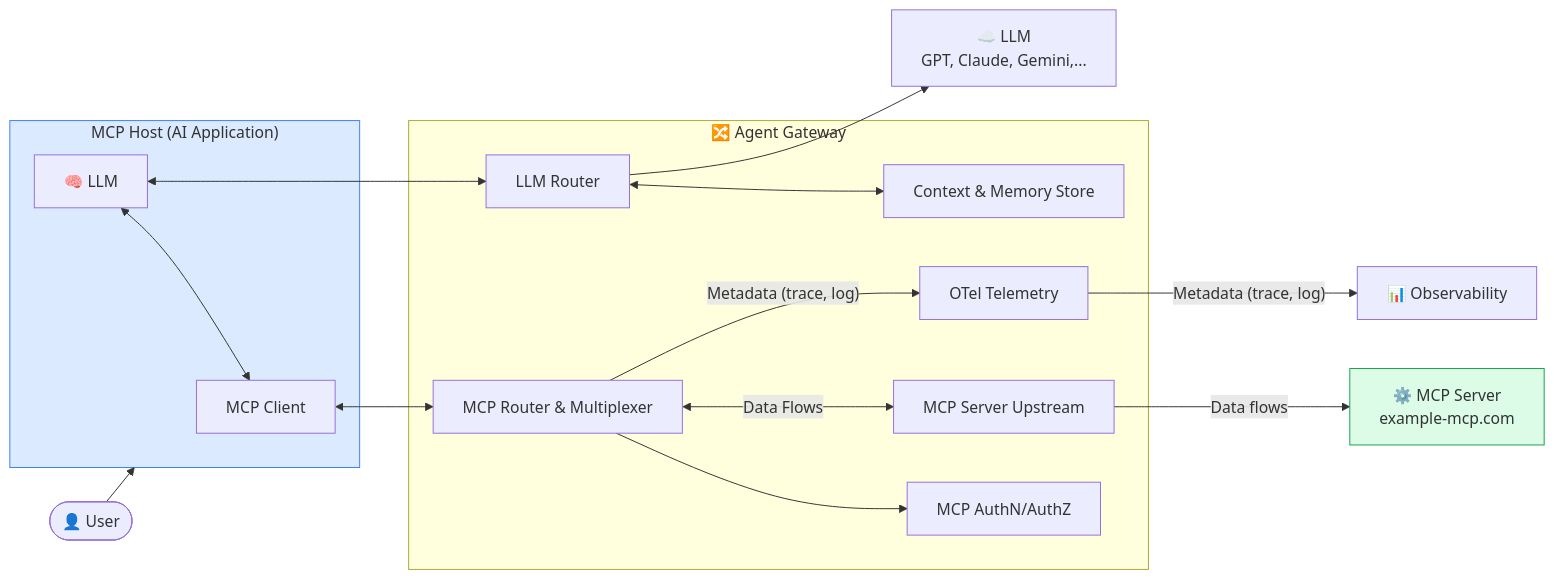
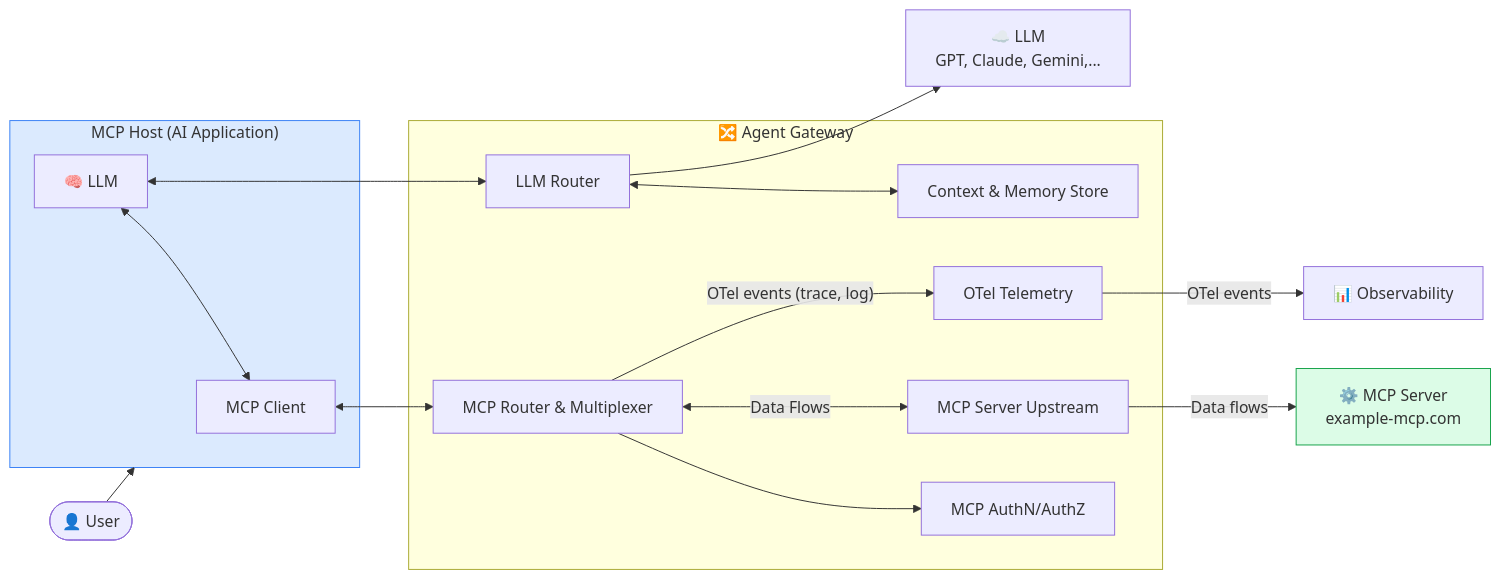
The fourth of 8 diagrams in mcp/mcp-index/README.md (sdatapix/tinkering), drawn with Mermaid before and after one commit. The commit also changed other lines of this file, not shown here.

Commit message:
more details on schema

````diff
--- a/mcp/mcp-index/README.md
+++ b/mcp/mcp-index/README.md
@@ -244,26 +435,26 @@
 ```mermaid
 flowchart LR
     User([👤 User]) --> Host
     subgraph Host["MCP Host (AI Application)"]
         Client[MCP Client]
         LLM <--> Client
     end
     Client <--> MCPRouter
     subgraph MCPGateway["🔀 Agent Gateway"]
         LLMR[LLM Router]
         Memory[Context & Memory Store]
         LLMR <--> Memory
         MCPRouter[MCP Router & Multiplexer]
         MCPAuth[MCP AuthN/AuthZ]
         MCPRouter --> MCPAuth
         MCPRouter <--Data Flows--> MCPSUpstream[MCP Server Upstream]
-        MCPRouter --Metadata (trace, log)--> MCPObs[OTel Telemetry]
+        MCPRouter --OTel events (trace, log)--> MCPObs[OTel Telemetry]
     end
     LLM[🧠 LLM]<-->LLMR
     MCPSUpstream --Data flows-->Server["⚙️ MCP Server <br>example-mcp.com"]
-    MCPObs --Metadata (trace, log)--> Observability["📊 Observability"]
+    MCPObs --OTel events--> Observability["📊 Observability"]
     LLMR --> LLMProviders["☁️ LLM " <br> GPT, Claude, Gemini,... ]
 
     style Host fill:#dbeafe,stroke:#3b82f6
     style Server fill:#dcfce7,stroke:#16a34a
 ```
````
